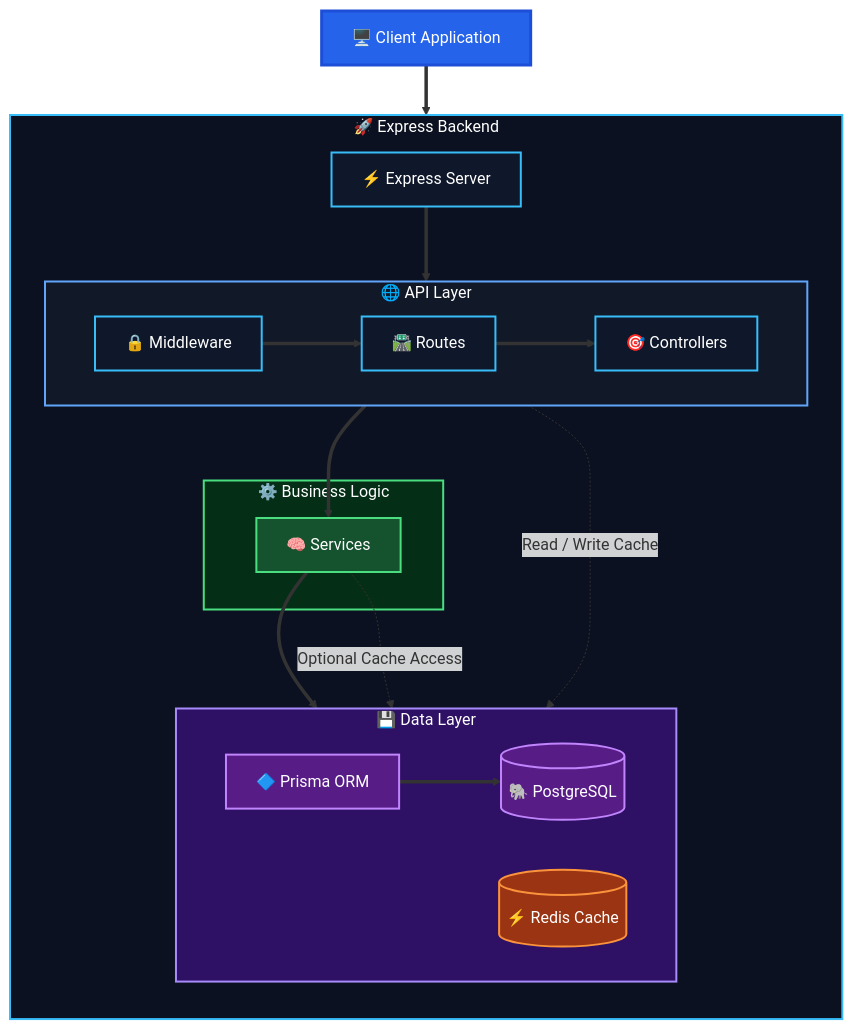
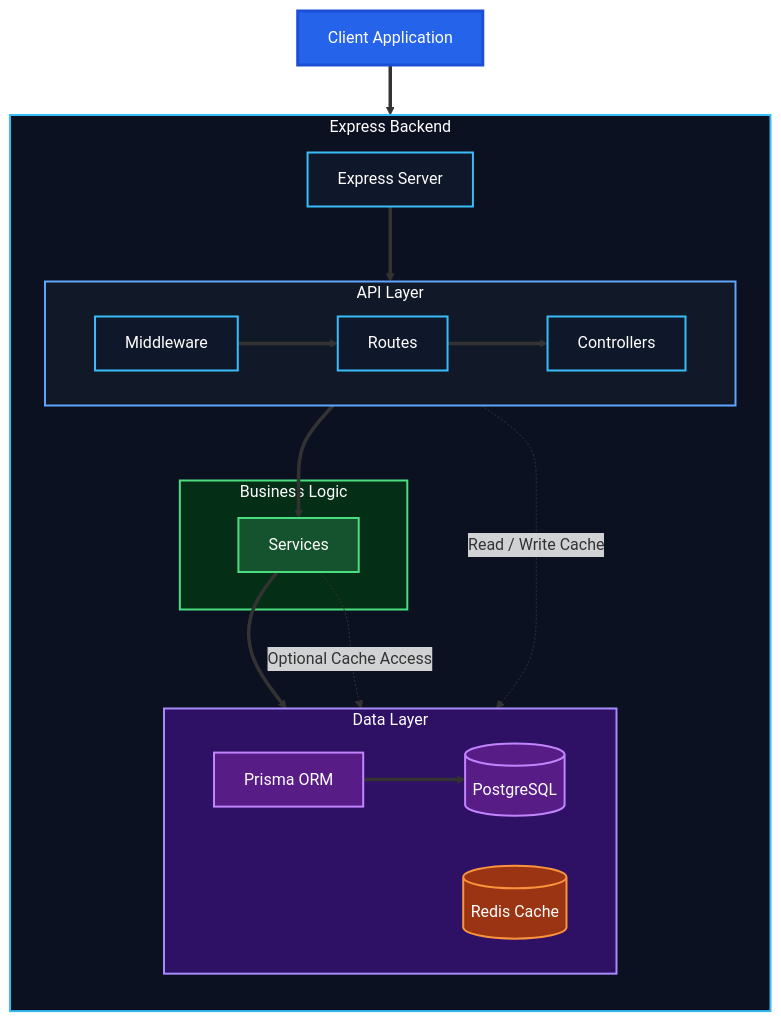
One commit to BhakktiGautam/Saas-workspace-api changed the first of 5 diagrams in saas-workspace-api/docs/ARCHITECTURE.md. Above: the diagram before and after it, drawn with Mermaid. The commit also changed other lines of this file, not shown here.

````diff
--- a/saas-workspace-api/docs/ARCHITECTURE.md
+++ b/saas-workspace-api/docs/ARCHITECTURE.md
@@ -29,63 +29,63 @@
 ```mermaid
 flowchart TB
 
     %% ===== Client Layer =====
-    Client["🖥️ Client Application"]
+    Client["Client Application"]
 
     %% ===== Backend =====
-    subgraph Backend["🚀 Express Backend"]
+    subgraph Backend["Express Backend"]
         direction TB
 
-        Express["⚡ Express Server"]
+        Express["Express Server"]
 
-        subgraph API["🌐 API Layer"]
+        subgraph API["API Layer"]
             direction LR
-            Middleware["🔒 Middleware"]
-            Routes["🛣️ Routes"]
-            Controllers["🎯 Controllers"]
+            Middleware["Middleware"]
+            Routes["Routes"]
+            Controllers["Controllers"]
         end
 
-        subgraph Business["⚙️ Business Logic"]
-            Services["🧠 Services"]
+        subgraph Business["Business Logic"]
+            Services["Services"]
         end
 
-        subgraph Data["💾 Data Layer"]
+        subgraph Data["Data Layer"]
             direction LR
-            Prisma["🔷 Prisma ORM"]
-            PostgreSQL[("🐘 PostgreSQL")]
-            Redis[("⚡ Redis Cache")]
+            Prisma["Prisma ORM"]
+            PostgreSQL[("PostgreSQL")]
+            Redis[("Redis Cache")]
         end
     end
 
     %% ===== Request Flow =====
     Client ==> Express
     Express ==> Middleware
     Middleware ==> Routes
     Routes ==> Controllers
     Controllers ==> Services
     Services ==> Prisma
     Prisma ==> PostgreSQL
 
     %% ===== Cache Flow =====
     Middleware -. Read / Write Cache .-> Redis
     Services -. Optional Cache Access .-> Redis
 
     %% ===== Styling =====
     classDef client fill:#2563eb,color:#ffffff,stroke:#1d4ed8,stroke-width:3px;
     classDef server fill:#0f172a,color:#ffffff,stroke:#38bdf8,stroke-width:2px;
     classDef logic fill:#14532d,color:#ffffff,stroke:#4ade80,stroke-width:2px;
     classDef database fill:#581c87,color:#ffffff,stroke:#c084fc,stroke-width:2px;
     classDef cache fill:#9a3412,color:#ffffff,stroke:#fb923c,stroke-width:2px;
 
     class Client client;
     class Express,Middleware,Routes,Controllers server;
     class Services logic;
     class Prisma,PostgreSQL database;
     class Redis cache;
 
     %% ===== Container Styling =====
     style Backend fill:#0b1120,stroke:#38bdf8,stroke-width:2px,color:#ffffff
     style API fill:#111827,stroke:#60a5fa,stroke-width:2px,color:#ffffff
     style Business fill:#052e16,stroke:#4ade80,stroke-width:2px,color:#ffffff
     style Data fill:#2e1065,stroke:#a78bfa,stroke-width:2px,color:#ffffff
 ```
````
